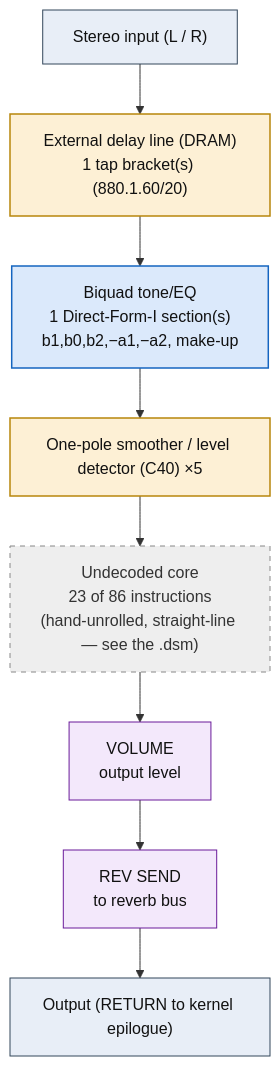
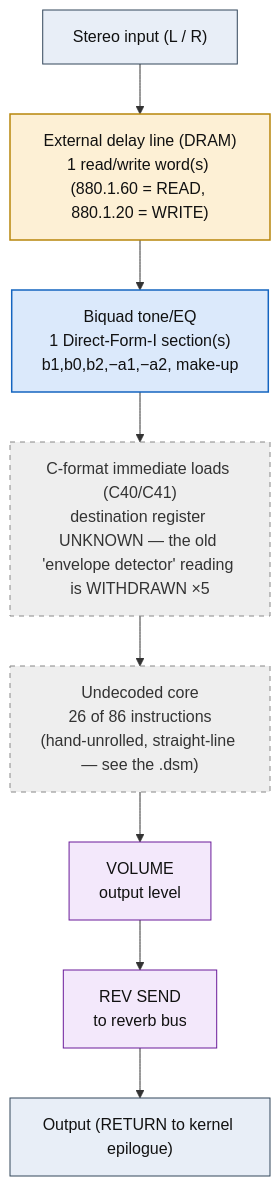
Before and after one commit to ArqueologiaDigital/kn5000-roms-disasm: the diagram in dsp/flowcharts/prog15_rock_rotary.md, drawn with Mermaid. The commit also changed other lines of this file and 86 other files, not shown here.

````diff
--- a/dsp/flowcharts/prog15_rock_rotary.md
+++ b/dsp/flowcharts/prog15_rock_rotary.md
@@ -12,30 +12,30 @@
 ```mermaid
 flowchart TD
     N0["Stereo input (L / R)"]
-    N1["External delay line (DRAM)<br/>1 tap bracket(s) (880.1.60/20)"]
+    N1["External delay line (DRAM)<br/>1 read/write word(s) (880.1.60 = READ, 880.1.20 = WRITE)"]
     N0 --> N1
     N2["Biquad tone/EQ<br/>1 Direct-Form-I section(s)<br/>b1,b0,b2,&minus;a1,&minus;a2, make-up"]
     N1 --> N2
-    N3["One-pole smoother / level detector (C40) &times;5"]
+    N3["C-format immediate loads (C40/C41)<br/>destination register UNKNOWN &mdash; the old 'envelope detector' reading is WITHDRAWN &times;5"]
     N2 --> N3
-    N4["Undecoded core<br/>23 of 86 instructions<br/>(hand-unrolled, straight-line &mdash; see the .dsm)"]
+    N4["Undecoded core<br/>26 of 86 instructions<br/>(hand-unrolled, straight-line &mdash; see the .dsm)"]
     N3 --> N4
     N5["VOLUME<br/>output level"]
     N4 --> N5
     N6["REV SEND<br/>to reverb bus"]
     N5 --> N6
     N7["Output (RETURN to kernel epilogue)"]
     N6 --> N7
 
     classDef io fill:#e8eef7,stroke:#33475b,stroke-width:1px,color:#111;
     classDef proven fill:#d7f0d7,stroke:#2e7d32,stroke-width:2px,color:#111;
     classDef measured fill:#dbe9fb,stroke:#1565c0,stroke-width:1.5px,color:#111;
     classDef inferred fill:#fdf0d5,stroke:#b8860b,stroke-width:1.5px,color:#111;
     classDef open fill:#eeeeee,stroke:#888,stroke-width:1px,color:#333,stroke-dasharray:5 5;
     classDef ctrl fill:#f3e8fb,stroke:#6a1b9a,stroke-width:1px,color:#111;
     class N0,N7 io;
-    class N1,N3 inferred;
+    class N1 inferred;
     class N2 measured;
-    class N4 open;
+    class N3,N4 open;
     class N5,N6 ctrl;
 ```
````
